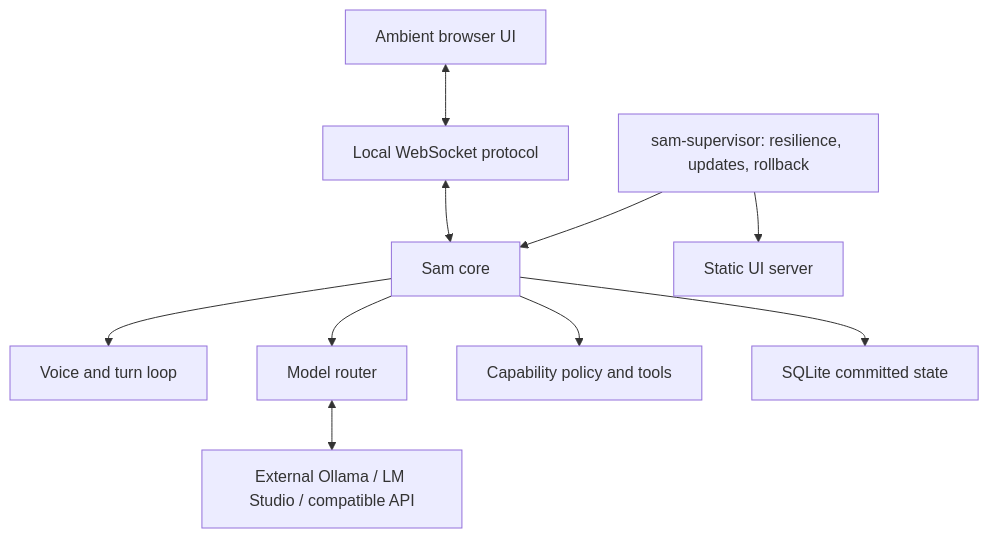
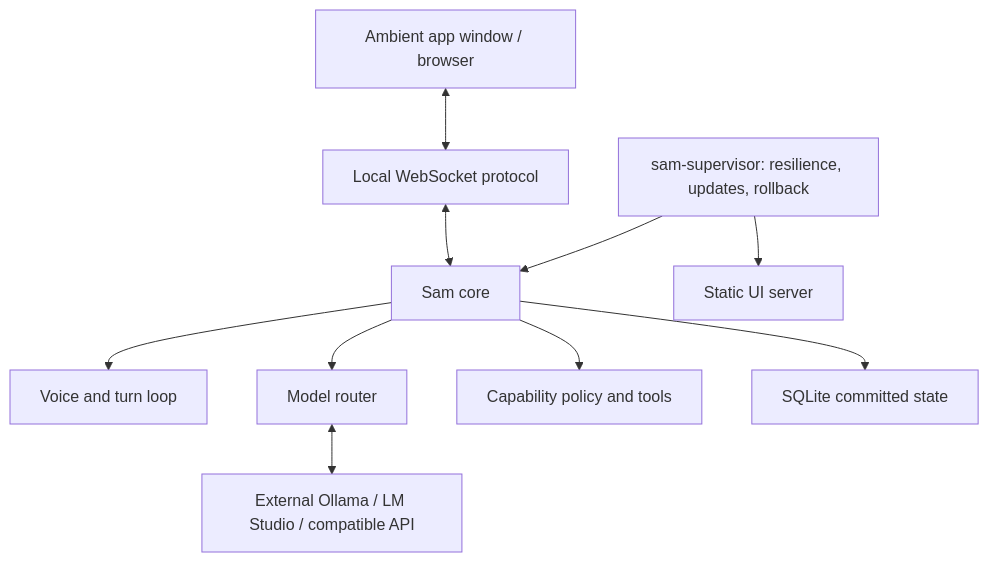
Before and after one commit to AlfonsoFR2020/sam-ambient: the diagram in README.md, drawn with Mermaid. The commit also changed other lines of this file and 23 other files, not shown here.

````diff
--- a/README.md
+++ b/README.md
@@ -81,12 +81,12 @@
 ```mermaid
 flowchart TD
-    UI[Ambient browser UI] <--> Bridge[Local WebSocket protocol]
+    UI[Ambient app window / browser] <--> Bridge[Local WebSocket protocol]
     Bridge <--> Core[Sam core]
     Core --> Voice[Voice and turn loop]
     Core --> Models[Model router]
     Core --> Policy[Capability policy and tools]
     Core --> Data[SQLite committed state]
     Supervisor[sam-supervisor: resilience, updates, rollback] --> Core
     Supervisor --> Static[Static UI server]
     Models <--> Backends[External Ollama / LM Studio / compatible API]
 ```
````
